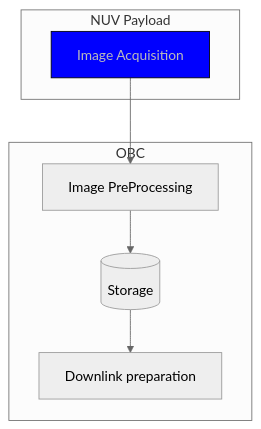
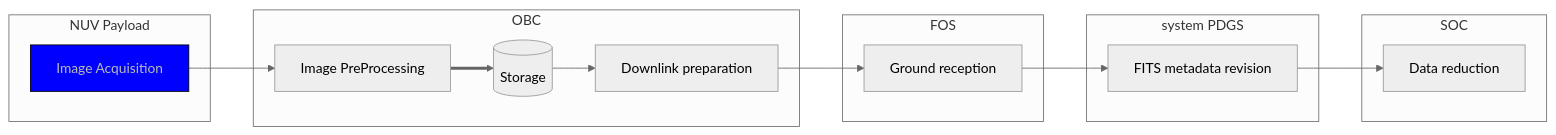
One commit to limu007/quvik changed the diagram in calib/OBDH.md. Above: the diagram before and after it, drawn with Mermaid (neutral theme).

````diff
--- a/calib/OBDH.md
+++ b/calib/OBDH.md
@@ -1,15 +1,26 @@
 ```mermaid
-flowchart
+flowchart LR
   subgraph s1[NUV Payload]
     ia[Image Acquisition]
   end
   subgraph s2[OBC]
-    ip[Image PreProcessing] --> st[(Storage)] --> dl[Downlink preparation]
+    ip[Image PreProcessing] ==> st[(Storage)] --> dl[Downlink preparation]
+  end
+  subgraph s3[FOS]
+    gr[Ground reception]
+  end
+  subgraph s4[system PDGS]
+    fits[FITS metadata revision]
+  end
+  subgraph s5[SOC]
+    pr[Data reduction]
   end
 
   ia --> ip
+  dl --> gr --> fits --> pr
+
   classDef deC fill:#00f,stroke:#000,color:#bbb;
   class ia deC;
 
 
 ```
````
